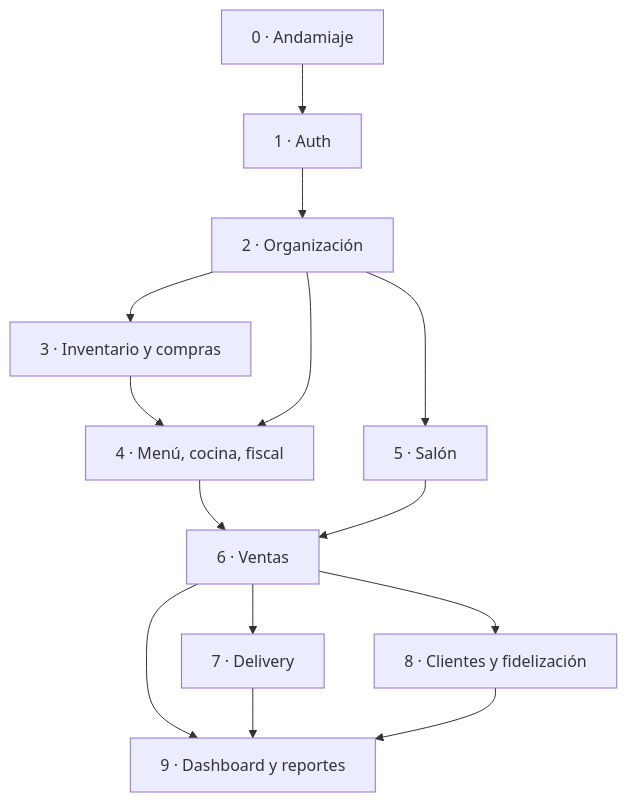
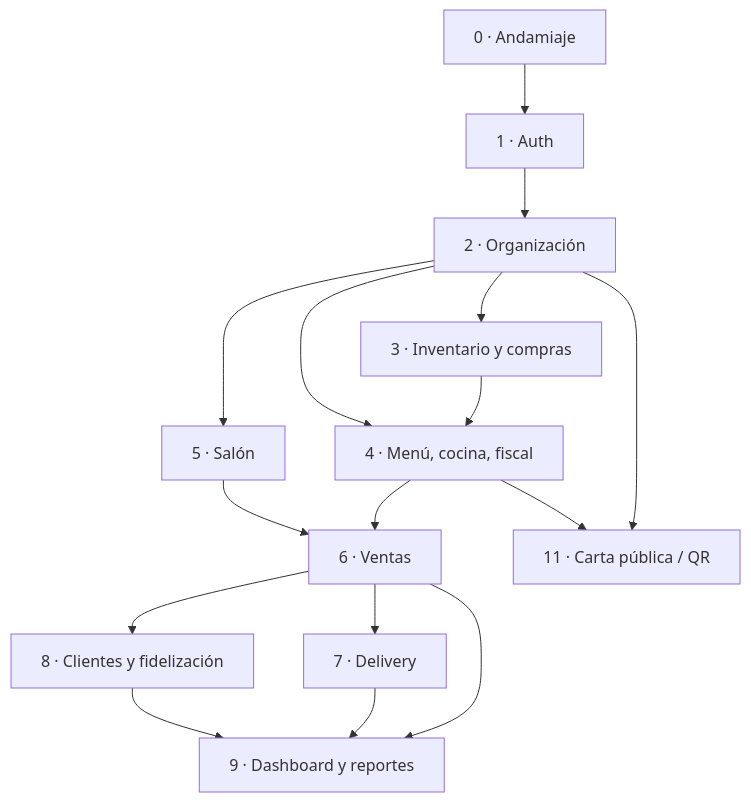
The diagram in docs/roadmap.md (jonasmz/restoManager), drawn with Mermaid before and after one commit. The commit also changed other lines of this file and 30 other files, not shown here.

First line of the commit message:
feat(fase-11a): carta pública por sucursal + imágenes de plato (#30)

````diff
--- a/docs/roadmap.md
+++ b/docs/roadmap.md
@@ -45,16 +46,18 @@
 ```mermaid
 flowchart TD
     F0[0 · Andamiaje] --> F1[1 · Auth]
     F1 --> F2[2 · Organización]
     F2 --> F3[3 · Inventario y compras]
     F2 --> F5[5 · Salón]
     F3 --> F4[4 · Menú, cocina, fiscal]
     F2 --> F4
     F4 --> F6[6 · Ventas]
     F5 --> F6
     F6 --> F7[7 · Delivery]
     F6 --> F8[8 · Clientes y fidelización]
     F6 --> F9[9 · Dashboard y reportes]
     F7 --> F9
     F8 --> F9
+    F2 --> F11[11 · Carta pública / QR]
+    F4 --> F11
 ```
````
